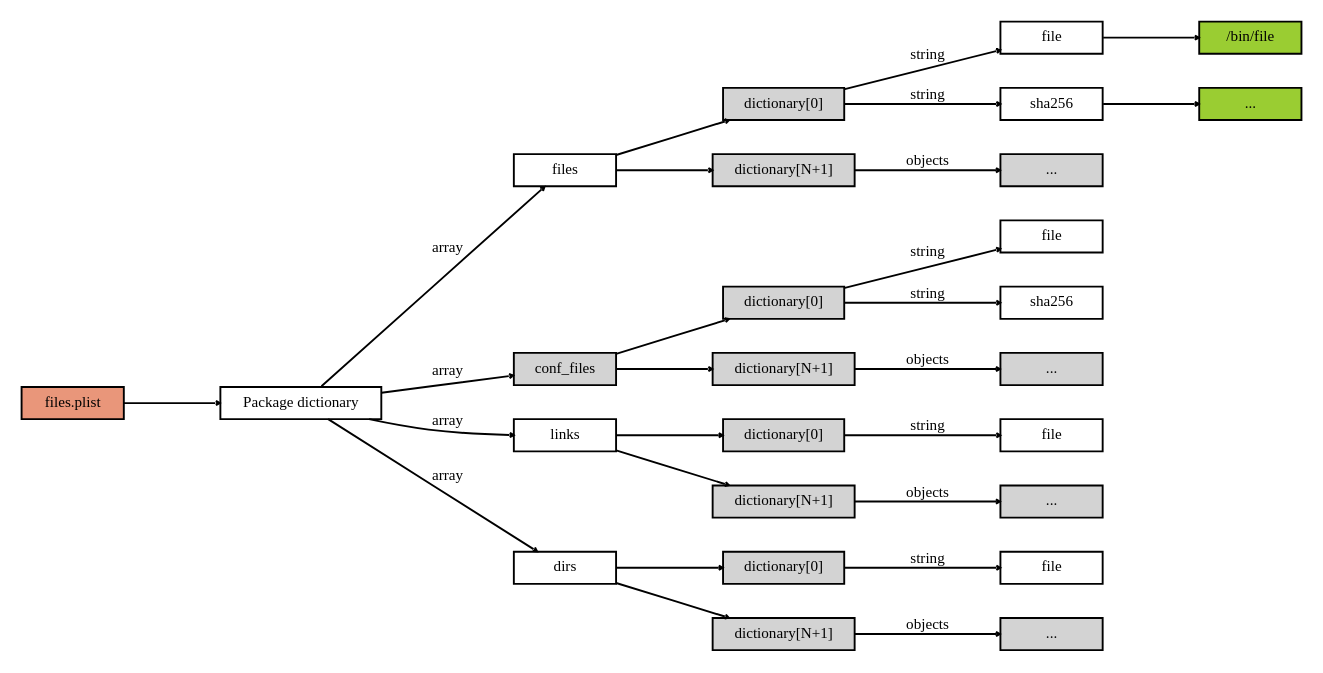
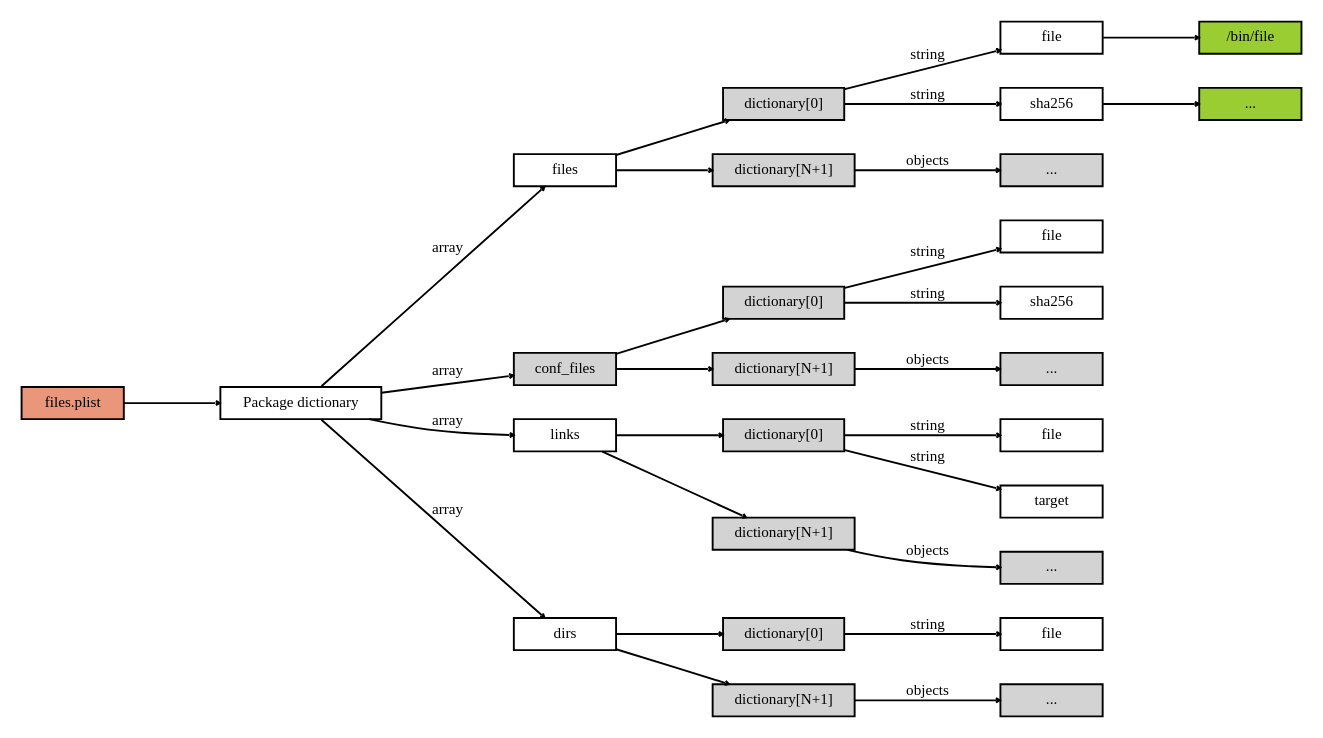
One commit to void-linux/xbps changed the diagram in doc/xbps_pkg_files_dictionary.dot. Above: the diagram before and after it, drawn with Graphviz.

Commit message:
doc: update pkg_files_dictionary dot graph.

```diff
--- a/doc/xbps_pkg_files_dictionary.dot
+++ b/doc/xbps_pkg_files_dictionary.dot
@@ -1,53 +1,55 @@
 digraph pkg_files_dictionary {
 	graph [rankdir=LR,ranksep="0.7"];
 	edge [arrowhead="vee",arrowsize="0.2",fontname="DejaVuSansCondensed",fontsize="8"];
 	node [height=".1",shape=box,fontname="DejaVuSansCondensed",fontsize="8"];
 	files_plist -> main;
 	files_plist [style=filled,fillcolor=darksalmon,label="files.plist"];
 	main [label="Package dictionary"];
 	main -> files [label=array];
 	files -> files_dict;
 	files -> files_dict1;
 	files_dict [style=filled,label="dictionary[0]"];
 	files_dict1 [style=filled,label="dictionary[N+1]"];
 	files_dict -> file [label=string];
 	files_dict -> file_sha256 [label=string];
 	file -> file_value;
 	file_value [style=filled,fillcolor="yellowgreen",label="/bin/file"];
 	file_sha256 [label=sha256];
 	file_sha256 -> sha256_value;
 	sha256_value [style=filled,fillcolor="yellowgreen",label="..."];
 	files_dict1 -> files_dict1_objs [style=filled,label="objects"];
 	files_dict1_objs [style=filled,label="..."];
 	main -> conf_files [label=array];
 	conf_files [style=filled];
 	conf_files -> conf_files_dict;
 	conf_files -> conf_files_dict1;
 	conf_files_dict [style=filled,label="dictionary[0]"];
 	conf_files_dict1 [style=filled,label="dictionary[N+1]"];
 	conf_files_dict -> cf_file [label=string];
 	conf_files_dict -> cf_sha256 [label=string];
 	conf_files_dict1 -> conf_files_dict1_objs [style=filled,label="objects"];
 	conf_files_dict1_objs [style=filled,label="..."];
 	cf_file [label=file];
 	cf_sha256 [label=sha256];
 	conf_files_dict [style=filled];
 	main -> links [label=array];
 	links -> links_dict;
 	links -> links_dict1;
 	links_dict [style=filled,label="dictionary[0]"];
 	links_dict1 [style=filled,label="dictionary[N+1]"];
 	links_dict -> link_file [label=string];
+	links_dict -> link_target [label=string];
 	link_file [label=file];
+	link_target [label=target];
 	links_dict1 -> links_dict1_objs [style=filled,label="objects"];
 	links_dict1_objs [style=filled,label="..."];
 	main -> dirs [label=array];
 	dirs -> dirs_dict;
 	dirs -> dirs_dict1;
 	dirs_dict [style=filled,label="dictionary[0]"];
 	dirs_dict1 [style=filled,label="dictionary[N+1]"];
 	dirs_dict -> dirs_file [label=string];
 	dirs_file [label=file];
 	dirs_dict1 -> dirs_dict1_objs [style=filled,label="objects"];
 	dirs_dict1_objs [style=filled,label="..."];
 }
```
